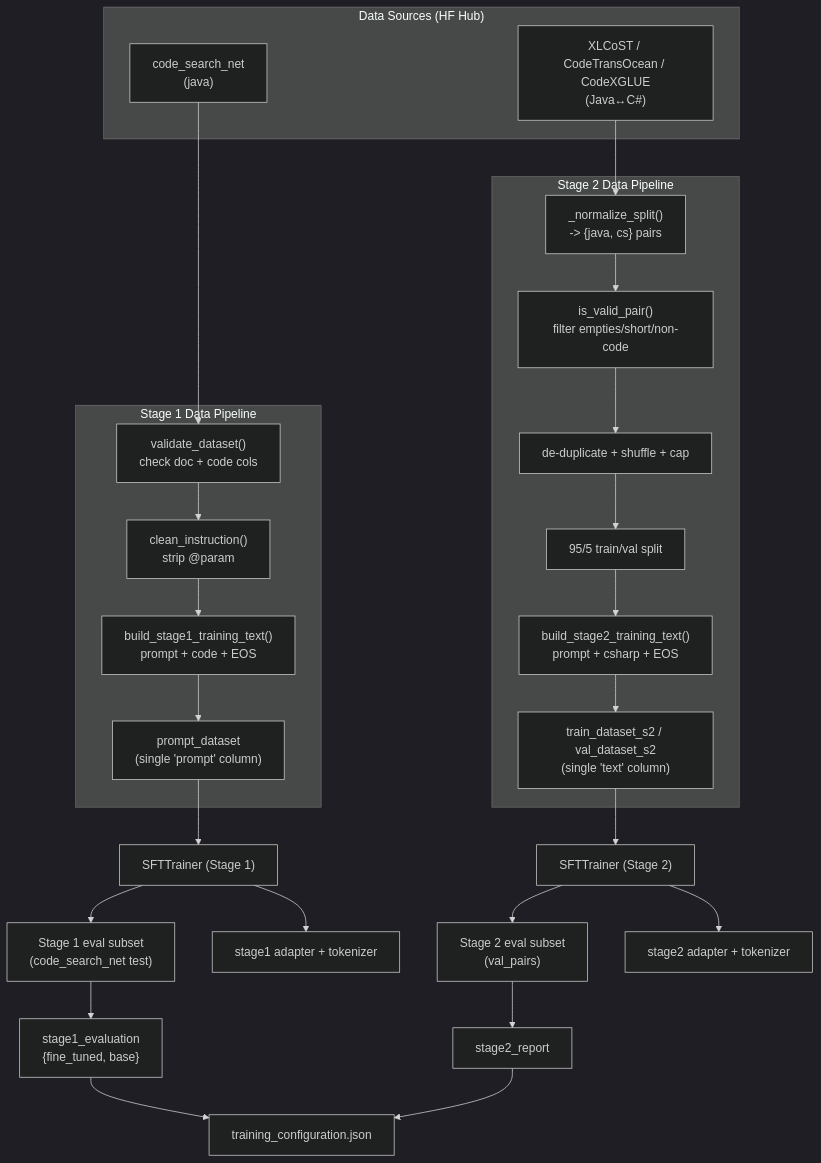
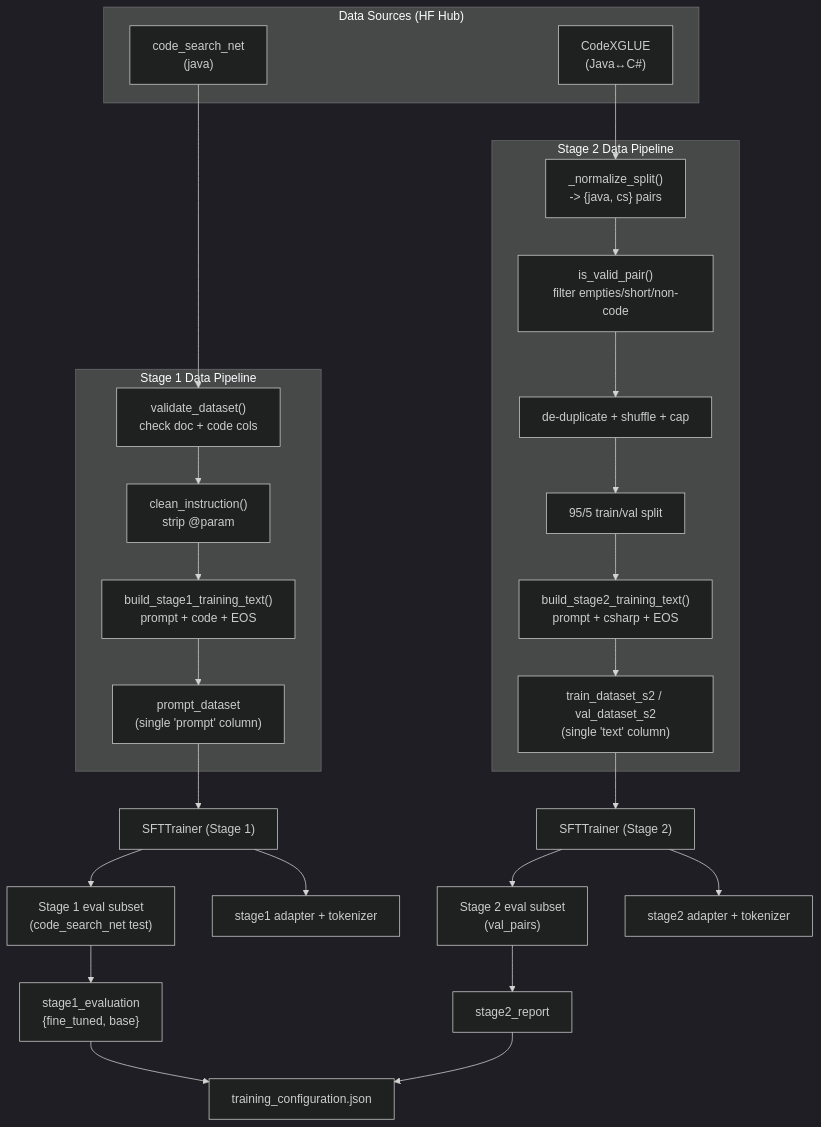
The fifth of 6 diagrams in Architecture/ARCHITECTURE_AND_DATAFLOW.md (nayanjha16/CodeGen-Implementations-May_26), drawn with Mermaid (dark theme) before and after one commit. The commit also changed other lines of this file, not shown here.

````diff
--- a/Architecture/ARCHITECTURE_AND_DATAFLOW.md
+++ b/Architecture/ARCHITECTURE_AND_DATAFLOW.md
@@ -239,37 +239,37 @@
 ```mermaid
 flowchart TD
     subgraph SOURCES["Data Sources (HF Hub)"]
         CSN["code_search_net<br/>(java)"]
-        XL["XLCoST / CodeTransOcean / CodeXGLUE<br/>(Java↔C#)"]
+        XL["CodeXGLUE<br/>(Java↔C#)"]
     end
 
     subgraph STAGE1DATA["Stage 1 Data Pipeline"]
         CSN --> V1["validate_dataset()<br/>check doc + code cols"]
         V1 --> P1["clean_instruction()<br/>strip @param"]
         P1 --> B1["build_stage1_training_text()<br/>prompt + code + EOS"]
         B1 --> D1["prompt_dataset<br/>(single 'prompt' column)"]
     end
 
     subgraph STAGE2DATA["Stage 2 Data Pipeline"]
         XL --> N2["_normalize_split()<br/>-> {java, cs} pairs"]
         N2 --> F2["is_valid_pair()<br/>filter empties/short/non-code"]
         F2 --> DD["de-duplicate + shuffle + cap"]
         DD --> SP["95/5 train/val split"]
         SP --> B2["build_stage2_training_text()<br/>prompt + csharp + EOS"]
         B2 --> D2["train_dataset_s2 / val_dataset_s2<br/>(single 'text' column)"]
     end
 
     D1 --> T1["SFTTrainer (Stage 1)"]
     D2 --> T2["SFTTrainer (Stage 2)"]
 
     T1 --> E1["Stage 1 eval subset<br/>(code_search_net test)"]
     T2 --> E2["Stage 2 eval subset<br/>(val_pairs)"]
 
     E1 --> R1["stage1_evaluation<br/>{fine_tuned, base}"]
     E2 --> R2["stage2_report"]
 
     R1 --> J["training_configuration.json"]
     R2 --> J
     T1 --> ADAP1["stage1 adapter + tokenizer"]
     T2 --> ADAP2["stage2 adapter + tokenizer"]
 ```
````
